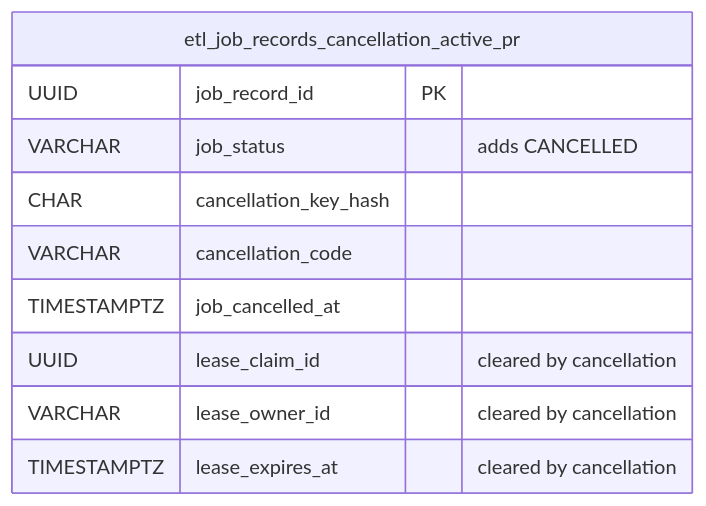
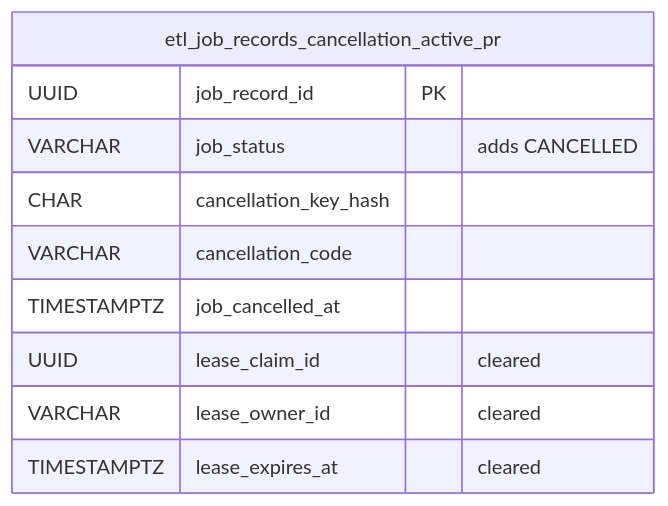
One commit to ContextualWisdomLab/mightyETL changed the third of 5 diagrams in docs/ERD.md. Above: the diagram before and after it, drawn with Mermaid. The commit also changed other lines of this file, not shown here.

````diff
--- a/docs/ERD.md
+++ b/docs/ERD.md
@@ -112,13 +107,13 @@
 ```mermaid
 erDiagram
     etl_job_records_cancellation_active_pr {
         UUID job_record_id PK
         VARCHAR job_status "adds CANCELLED"
         CHAR cancellation_key_hash
         VARCHAR cancellation_code
         TIMESTAMPTZ job_cancelled_at
-        UUID lease_claim_id "cleared by cancellation"
-        VARCHAR lease_owner_id "cleared by cancellation"
-        TIMESTAMPTZ lease_expires_at "cleared by cancellation"
+        UUID lease_claim_id "cleared"
+        VARCHAR lease_owner_id "cleared"
+        TIMESTAMPTZ lease_expires_at "cleared"
     }
 ```
````
